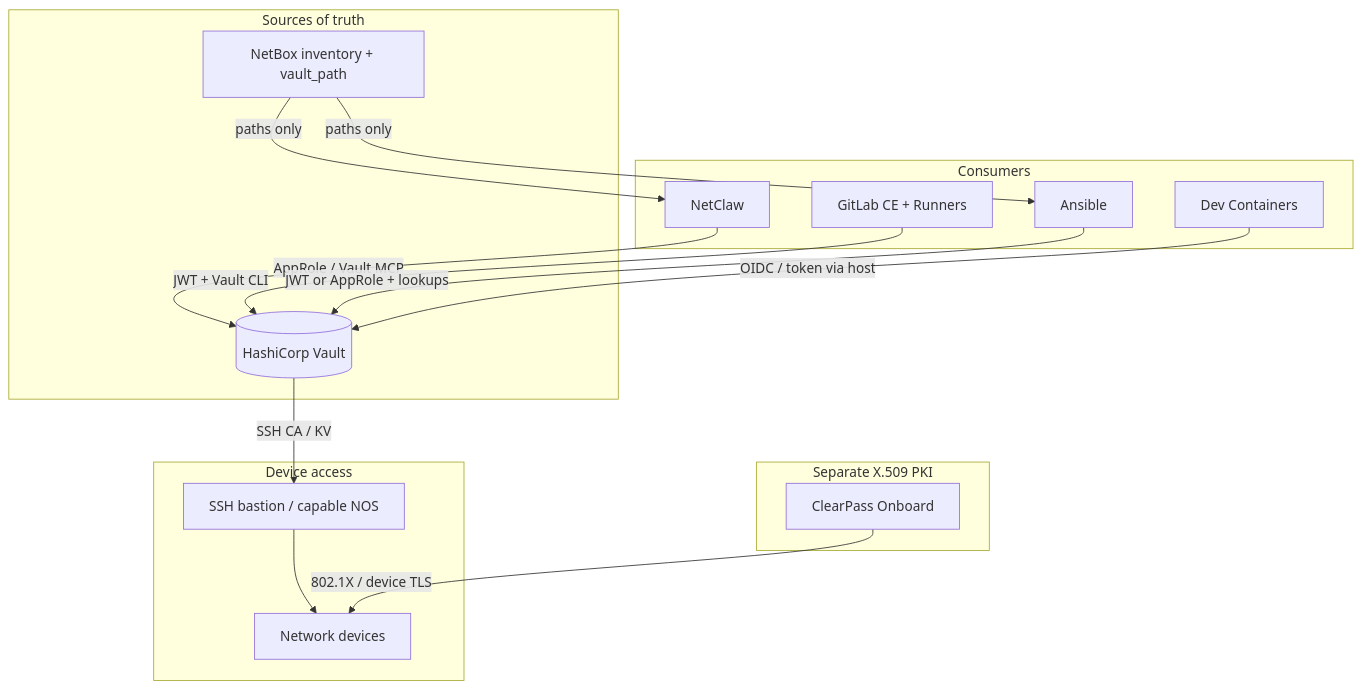
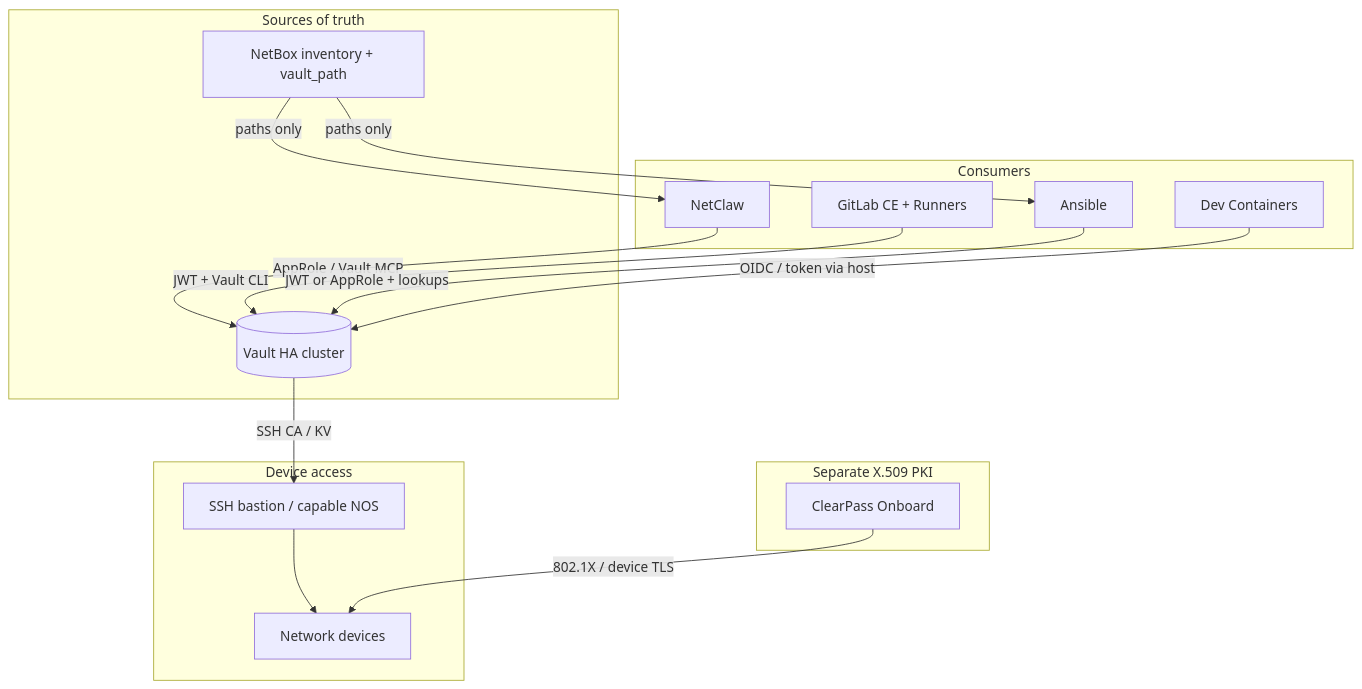
Before and after one commit to j-munroe/NetClaw-Production-Install-Guide: the second of 2 diagrams in README.md, drawn with Mermaid. The commit also changed other lines of this file and 37 other files, not shown here.

````diff
--- a/README.md
+++ b/README.md
@@ -41,33 +42,33 @@
 ```mermaid
 flowchart TB
   subgraph consumers [Consumers]
     NC[NetClaw]
     GL[GitLab CE + Runners]
     AN[Ansible]
     DC[Dev Containers]
   end
 
   subgraph sot [Sources of truth]
     NB[NetBox inventory + vault_path]
-    V[(HashiCorp Vault)]
+    V[(Vault HA cluster)]
   end
 
   subgraph access [Device access]
     B[SSH bastion / capable NOS]
     D[Network devices]
   end
 
   subgraph pki [Separate X.509 PKI]
     CP[ClearPass Onboard]
   end
 
   NC -->|AppRole / Vault MCP| V
   GL -->|JWT + Vault CLI| V
   AN -->|JWT or AppRole + lookups| V
   DC -->|OIDC / token via host| V
   NB -->|paths only| NC
   NB -->|paths only| AN
   V -->|SSH CA / KV| B
   B --> D
   CP -->|802.1X / device TLS| D
 ```
````
